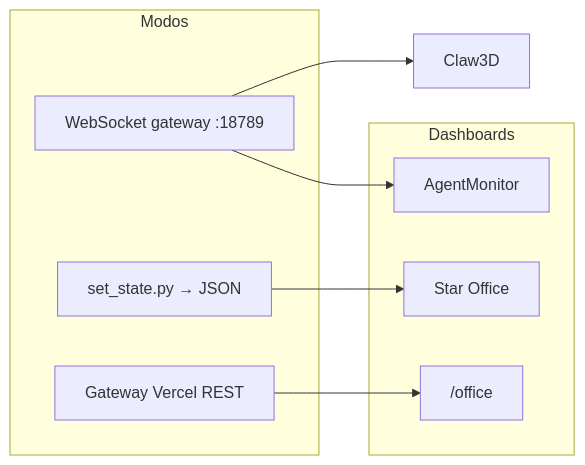
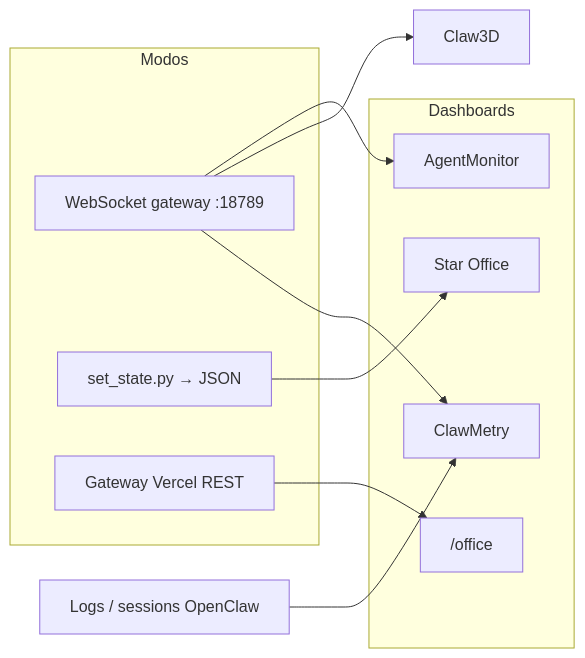
The diagram in docs/DASHBOARDS-VISUAIS.md (Aldebaran-LW/Agente_F.R.I.D.A.Y), drawn with Mermaid before and after one commit. The commit also changed other lines of this file and 38 other files, not shown here.

````diff
--- a/docs/DASHBOARDS-VISUAIS.md
+++ b/docs/DASHBOARDS-VISUAIS.md
@@ -35,19 +37,22 @@
 ```mermaid
 flowchart LR
   subgraph modes [Modos]
     WS[WebSocket gateway :18789]
     FILE[set_state.py → JSON]
     REST[Gateway Vercel REST]
   end
 
   subgraph ui [Dashboards]
     AM[AgentMonitor]
     SO[Star Office]
+    CM[ClawMetry]
     OFF["/office"]
   end
 
   WS --> AM
   WS --> Claw3D
   FILE --> SO
   REST --> OFF
+  WS --> CM
+  LOGS[Logs / sessions OpenClaw] --> CM
 ```
````
